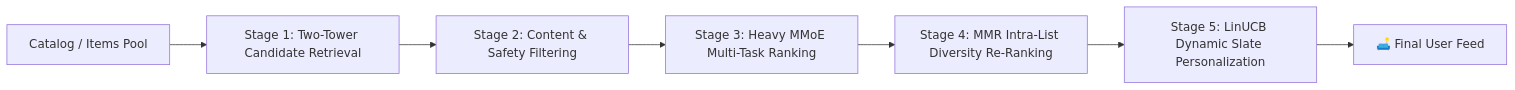
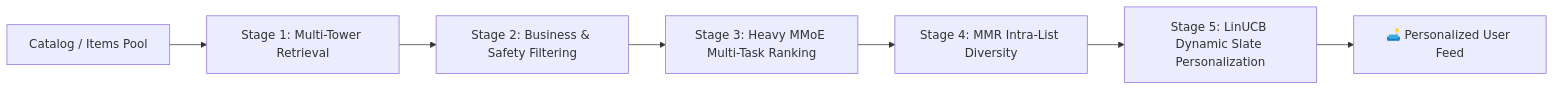
The diagram in README.md (rakibdipu/asen-unproductive-hoi), drawn with Mermaid before and after one commit. The commit also changed other lines of this file, not shown here.

````diff
--- a/README.md
+++ b/README.md
@@ -58,9 +62,9 @@
 ```mermaid
 graph LR
-    A[Catalog / Items Pool] --> B[Stage 1: Two-Tower Candidate Retrieval]
-    B --> C[Stage 2: Content & Safety Filtering]
+    A[Catalog / Items Pool] --> B[Stage 1: Multi-Tower Retrieval]
+    B --> C[Stage 2: Business & Safety Filtering]
     C --> D[Stage 3: Heavy MMoE Multi-Task Ranking]
-    D --> E[Stage 4: MMR Intra-List Diversity Re-Ranking]
+    D --> E[Stage 4: MMR Intra-List Diversity]
     E --> F[Stage 5: LinUCB Dynamic Slate Personalization]
-    F --> G[🛋️ Final User Feed]
+    F --> G[🛋️ Personalized User Feed]
 ```
````
